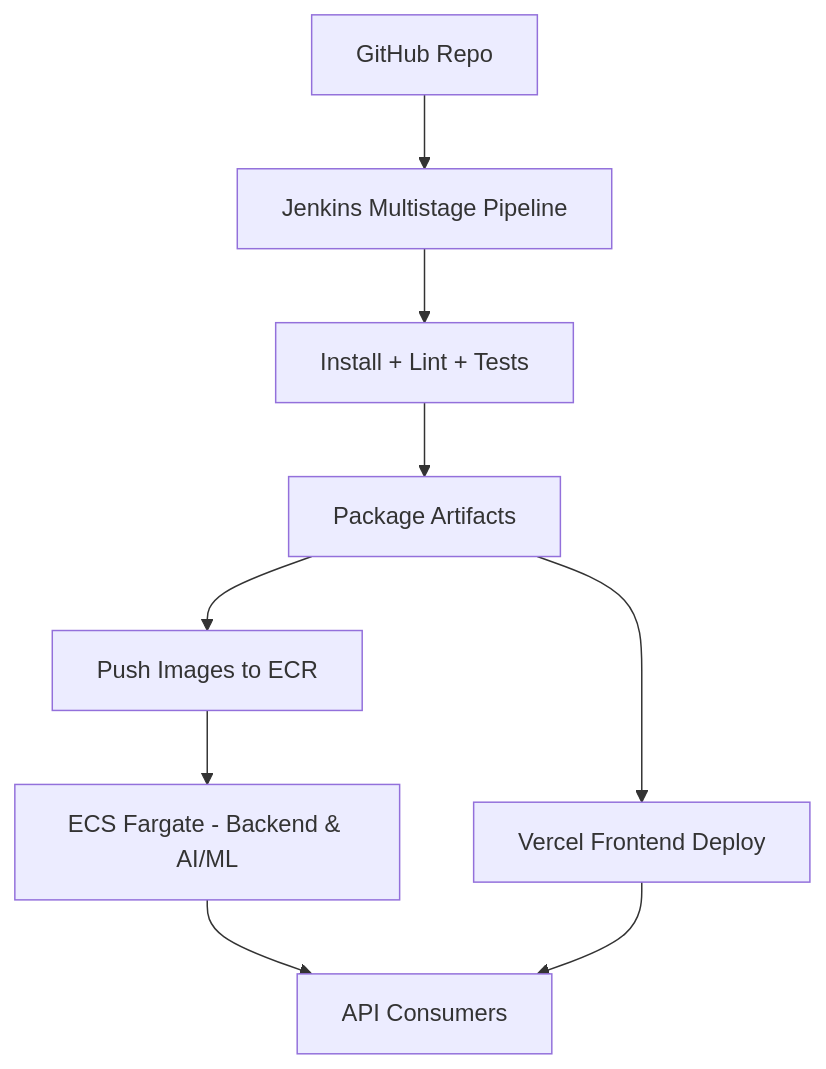
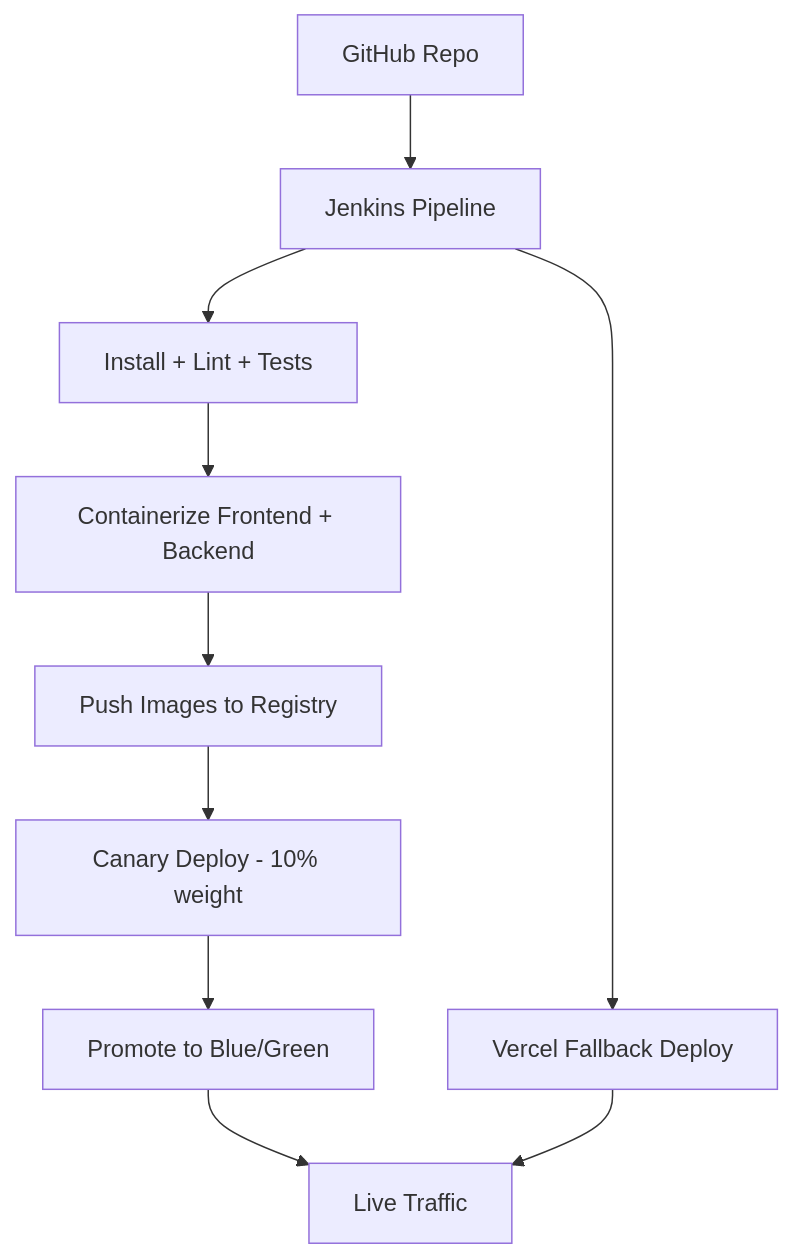
The fifth of 6 diagrams in README.md (Derek-miranda/DocuThinker-AI), drawn with Mermaid before and after one commit. The commit also changed other lines of this file and 13 other files, not shown here.

````diff
--- a/README.md
+++ b/README.md
@@ -975,11 +975,12 @@
 ```mermaid
 graph TB
-    GIT[GitHub Repo] --> JENKINS[Jenkins Multistage Pipeline]
+    GIT[GitHub Repo] --> JENKINS[Jenkins Pipeline]
     JENKINS --> TEST[Install + Lint + Tests]
-    TEST --> BUILD[Package Artifacts]
-    BUILD --> VERCEL[Vercel Frontend Deploy]
-    BUILD --> ECR[Push Images to ECR]
-    ECR --> ECS[ECS Fargate - Backend & AI/ML]
-    ECS --> USERS[API Consumers]
+    TEST --> BUILD[Containerize Frontend + Backend]
+    BUILD --> REG[Push Images to Registry]
+    REG --> CANARY[Canary Deploy - 10% weight]
+    CANARY --> BG[Promote to Blue/Green]
+    BG --> USERS[Live Traffic]
+    JENKINS --> VERCEL[Vercel Fallback Deploy]
     VERCEL --> USERS
 ```
````
